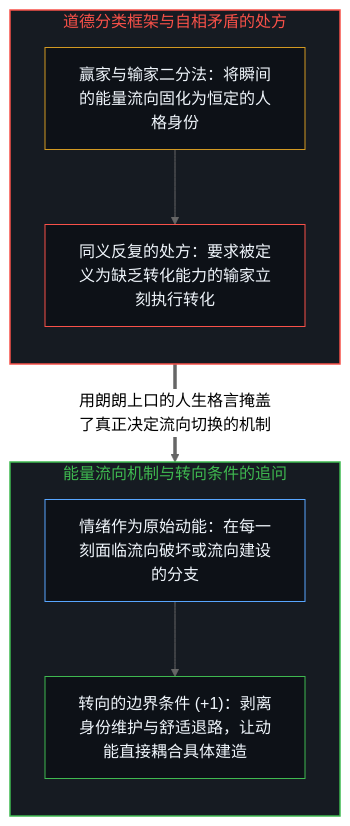
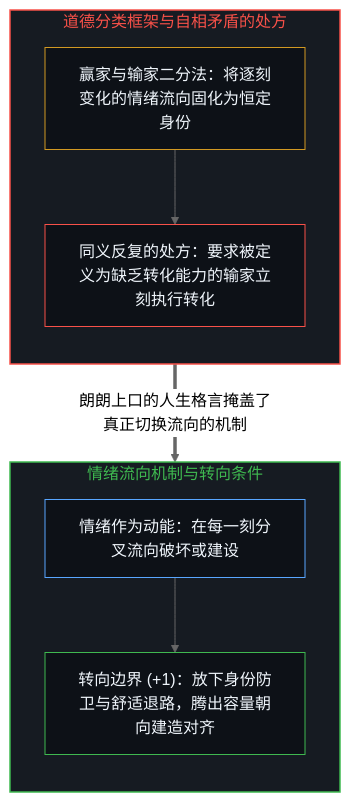
One commit to powerpig99/not-a-toe changed the first of 2 diagrams in content/posts/huberman-winners-losers.md. Above: the diagram before and after it, drawn with Mermaid (neutral theme). The commit also changed other lines of this file and 7 other files, not shown here.

````diff
--- a/content/posts/huberman-winners-losers.md
+++ b/content/posts/huberman-winners-losers.md
@@ -17,22 +17,22 @@
 ```mermaid
 flowchart TD
     subgraph S_Moral["道德分类框架与自相矛盾的处方"]
         direction TB
-        Label["赢家与输家二分法：将瞬间的能量流向固化为恒定的人格身份"]
+        Label["赢家与输家二分法：将逐刻变化的情绪流向固化为恒定身份"]
         Paradox["同义反复的处方：要求被定义为缺乏转化能力的输家立刻执行转化"]
         Label --> Paradox
     end
-    subgraph S_Flow["能量流向机制与转向条件的追问"]
+    subgraph S_Flow["情绪流向机制与转向条件"]
         direction TB
-        Affect["情绪作为原始动能：在每一刻面临流向破坏或流向建设的分支"]
-        Shift["转向的边界条件 (+1)：剥离身份维护与舒适退路，让动能直接耦合具体建造"]
+        Affect["情绪作为动能：在每一刻分叉流向破坏或建设"]
+        Shift["转向边界 (+1)：放下身份防卫与舒适退路，腾出容量朝向建造对齐"]
         Affect --> Shift
     end
-    Paradox ==>|"用朗朗上口的人生格言掩盖了真正决定流向切换的机制"| Affect
+    Paradox ==>|"朗朗上口的人生格言掩盖了真正切换流向的机制"| Affect
     style S_Moral fill:#161b22,stroke:#f85149,stroke-width:1.5px,color:#f85149
     style S_Flow fill:#161b22,stroke:#3fb950,stroke-width:1.5px,color:#3fb950
     style Label fill:#0d1117,stroke:#d29922,stroke-width:1px,color:#f0f6fc
     style Paradox fill:#0d1117,stroke:#f85149,stroke-width:1px,color:#f0f6fc
     style Affect fill:#0d1117,stroke:#58a6ff,stroke-width:1px,color:#f0f6fc
     style Shift fill:#0d1117,stroke:#3fb950,stroke-width:1px,color:#f0f6fc
 ```
````
